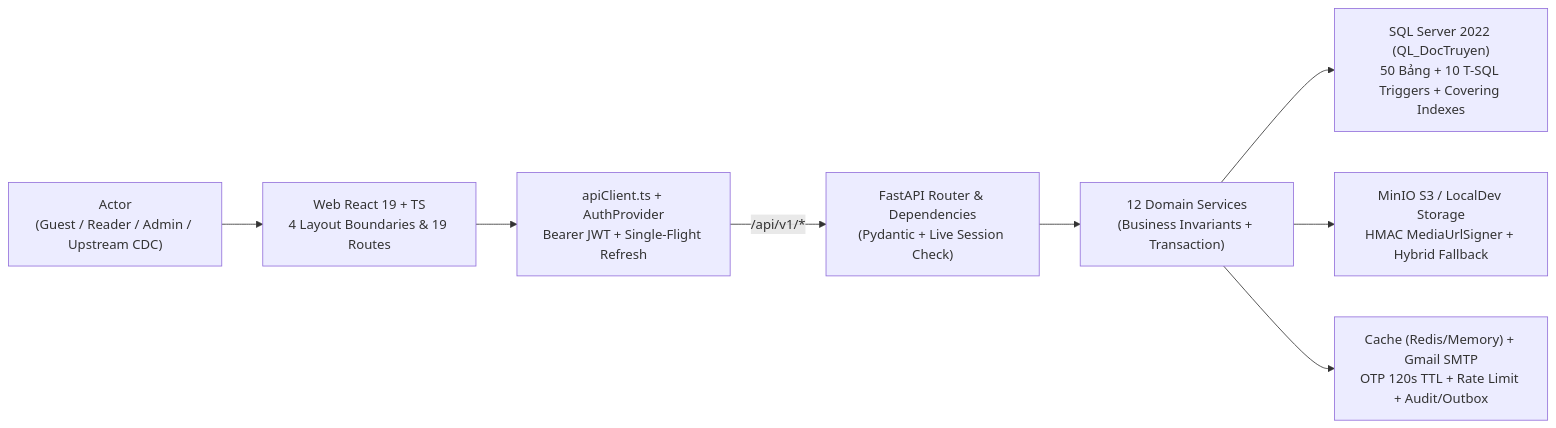
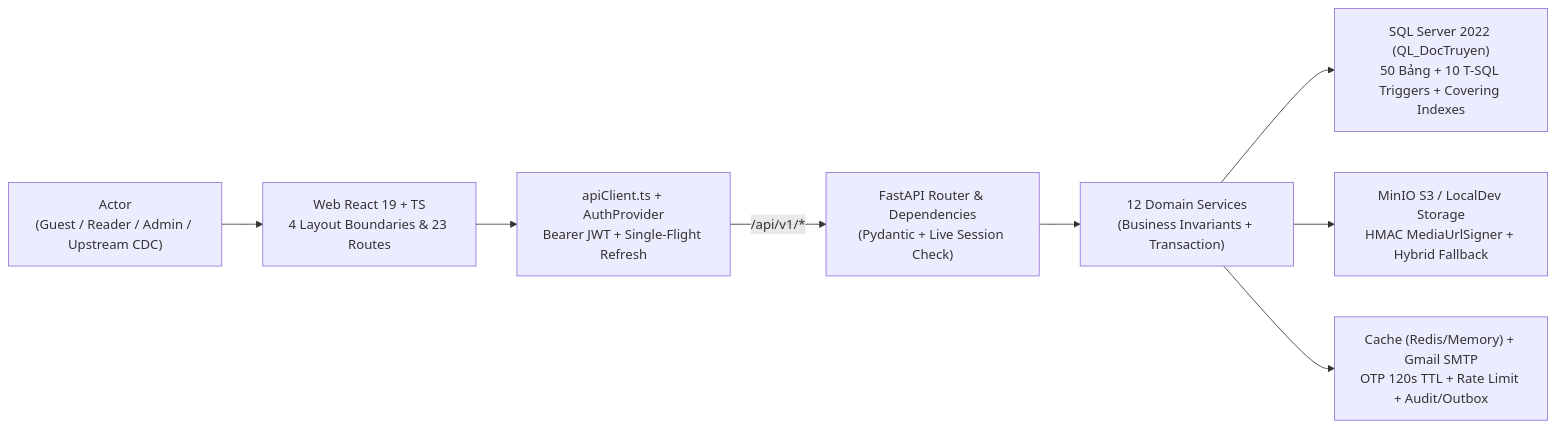
One commit to huyxuantruong1411/MyMangaReader-webapp-coursework changed the diagram in docs/reference/USECASE_CODE_TRACEABILITY.md. Above: the diagram before and after it, drawn with Mermaid. The commit also changed other lines of this file and 12 other files, not shown here.

````diff
--- a/docs/reference/USECASE_CODE_TRACEABILITY.md
+++ b/docs/reference/USECASE_CODE_TRACEABILITY.md
@@ -96,19 +96,19 @@
 ```mermaid
 flowchart LR
   Actor["Actor<br/>(Guest / Reader / Admin / Upstream CDC)"]
-  UI["Web React 19 + TS<br/>4 Layout Boundaries & 19 Routes"]
+  UI["Web React 19 + TS<br/>4 Layout Boundaries & 23 Routes"]
   Client["apiClient.ts + AuthProvider<br/>Bearer JWT + Single-Flight Refresh"]
   Guard["FastAPI Router & Dependencies<br/>(Pydantic + Live Session Check)"]
   Service["12 Domain Services<br/>(Business Invariants + Transaction)"]
   DB["SQL Server 2022 (QL_DocTruyen)<br/>50 Bảng + 10 T-SQL Triggers + Covering Indexes"]
   Media["MinIO S3 / LocalDev Storage<br/>HMAC MediaUrlSigner + Hybrid Fallback"]
   CacheMail["Cache (Redis/Memory) + Gmail SMTP<br/>OTP 120s TTL + Rate Limit + Audit/Outbox"]
 
   Actor --> UI
   UI --> Client
   Client -->|"/api/v1/*"| Guard
   Guard --> Service
   Service --> DB
   Service --> Media
   Service --> CacheMail
 ```
````
